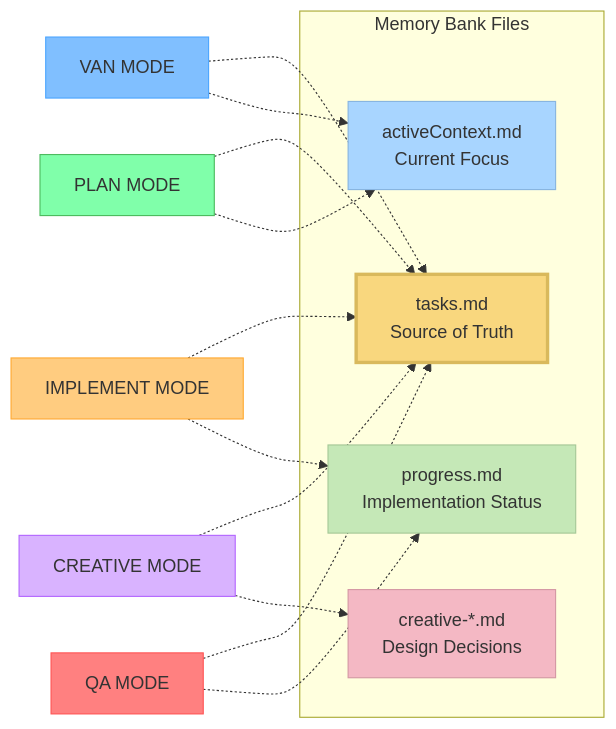
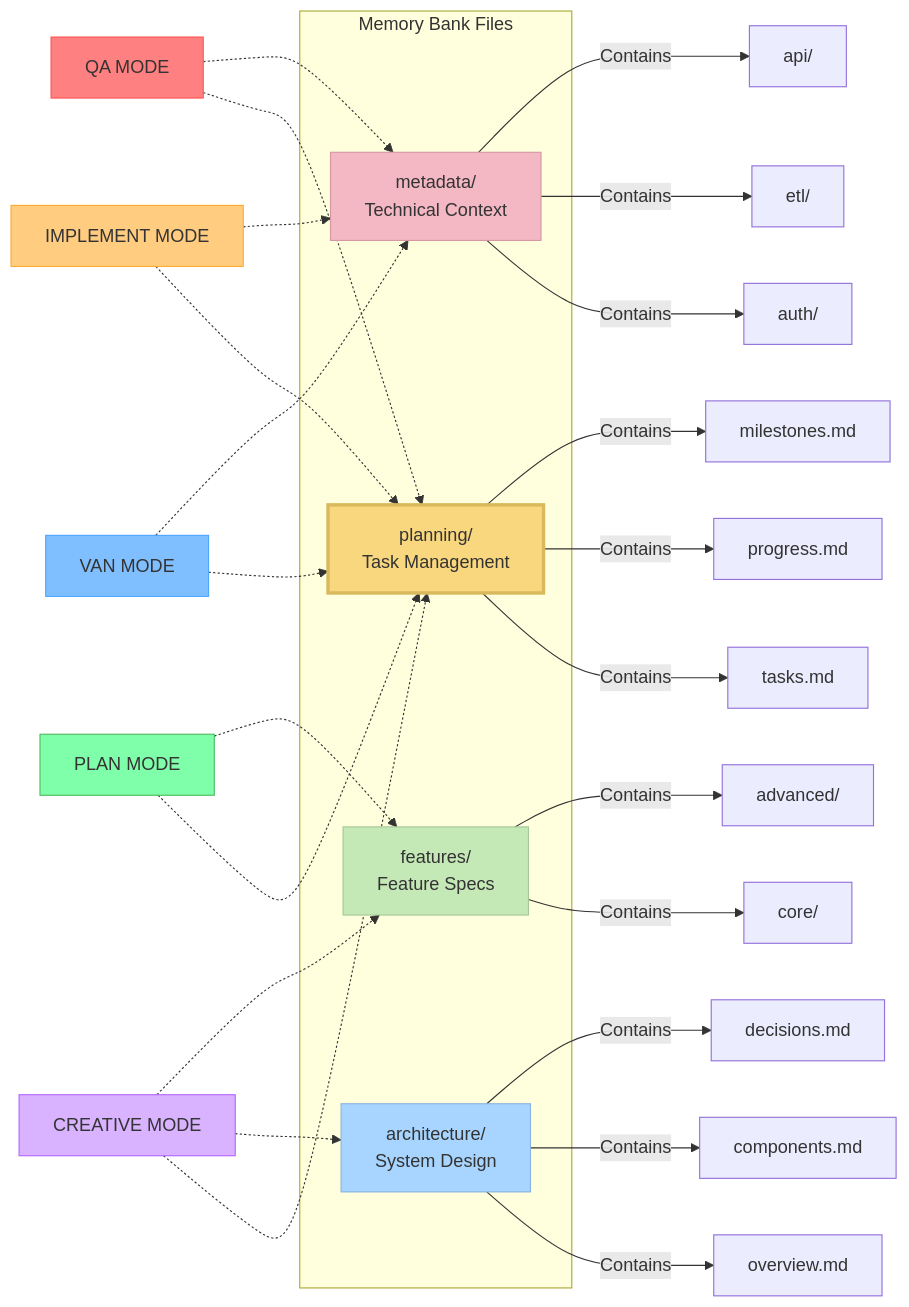
Before and after one commit to Wadijet/ff_be_auth: the eighth of 11 diagrams in .cursor/rules/isolation_rules/memory_bank_upgrade_guide.md, drawn with Mermaid. The commit also changed other lines of this file and 11 other files, not shown here.

````diff
--- a/.cursor/rules/isolation_rules/memory_bank_upgrade_guide.md
+++ b/.cursor/rules/isolation_rules/memory_bank_upgrade_guide.md
@@ -372,26 +404,41 @@
 ```mermaid
 graph LR
     subgraph "Memory Bank Files"
-        Tasks["tasks.md<br>Source of Truth"]
-        Active["activeContext.md<br>Current Focus"]
-        Progress["progress.md<br>Implementation Status"]
-        Creative["creative-*.md<br>Design Decisions"]
+        Plan["planning/<br>Task Management"]
+        Arch["architecture/<br>System Design"]
+        Feat["features/<br>Feature Specs"]
+        Meta["metadata/<br>Technical Context"]
     end
     
-    VAN["VAN MODE"] -.-> Tasks & Active
-    PLAN["PLAN MODE"] -.-> Tasks & Active
-    CREATIVE["CREATIVE MODE"] -.-> Tasks & Creative
-    IMPLEMENT["IMPLEMENT MODE"] -.-> Tasks & Progress
-    QA["QA MODE"] -.-> Tasks & Progress
+    Plan -->|"Contains"| Tasks["tasks.md"]
+    Plan -->|"Contains"| Progress["progress.md"]
+    Plan -->|"Contains"| Milestones["milestones.md"]
     
-    style Tasks fill:#f9d77e,stroke:#d9b95c,stroke-width:3px
-    style Active fill:#a8d5ff,stroke:#88b5e0
-    style Progress fill:#c5e8b7,stroke:#a5c897
-    style Creative fill:#f4b8c4,stroke:#d498a4
+    Arch -->|"Contains"| Overview["overview.md"]
+    Arch -->|"Contains"| Components["components.md"]
+    Arch -->|"Contains"| Decisions["decisions.md"]
+    
+    Feat -->|"Contains"| Core["core/"]
+    Feat -->|"Contains"| Advanced["advanced/"]
+    
+    Meta -->|"Contains"| Auth["auth/"]
+    Meta -->|"Contains"| ETL["etl/"]
+    Meta -->|"Contains"| API["api/"]
+    
+    VAN["VAN MODE"] -.-> Plan & Meta
+    PLAN["PLAN MODE"] -.-> Plan & Feat
+    CREATIVE["CREATIVE MODE"] -.-> Plan & Arch & Feat
+    IMPLEMENT["IMPLEMENT MODE"] -.-> Plan & Meta
+    QA["QA MODE"] -.-> Plan & Meta
+    
+    style Plan fill:#f9d77e,stroke:#d9b95c,stroke-width:3px
+    style Arch fill:#a8d5ff,stroke:#88b5e0
+    style Feat fill:#c5e8b7,stroke:#a5c897
+    style Meta fill:#f4b8c4,stroke:#d498a4
     
     style VAN fill:#80bfff,stroke:#4da6ff
     style PLAN fill:#80ffaa,stroke:#4dbb5f
     style CREATIVE fill:#d9b3ff,stroke:#b366ff
     style IMPLEMENT fill:#ffcc80,stroke:#ffaa33
     style QA fill:#ff8080,stroke:#ff5555
 ```
````
